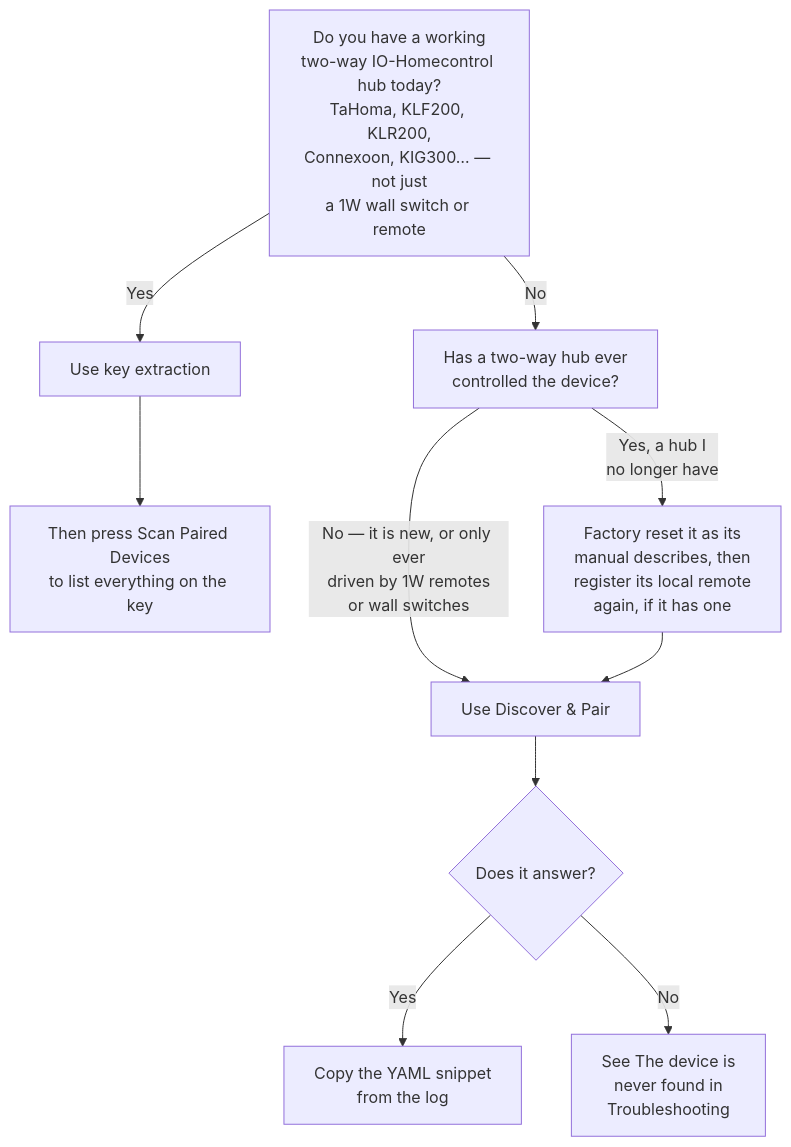
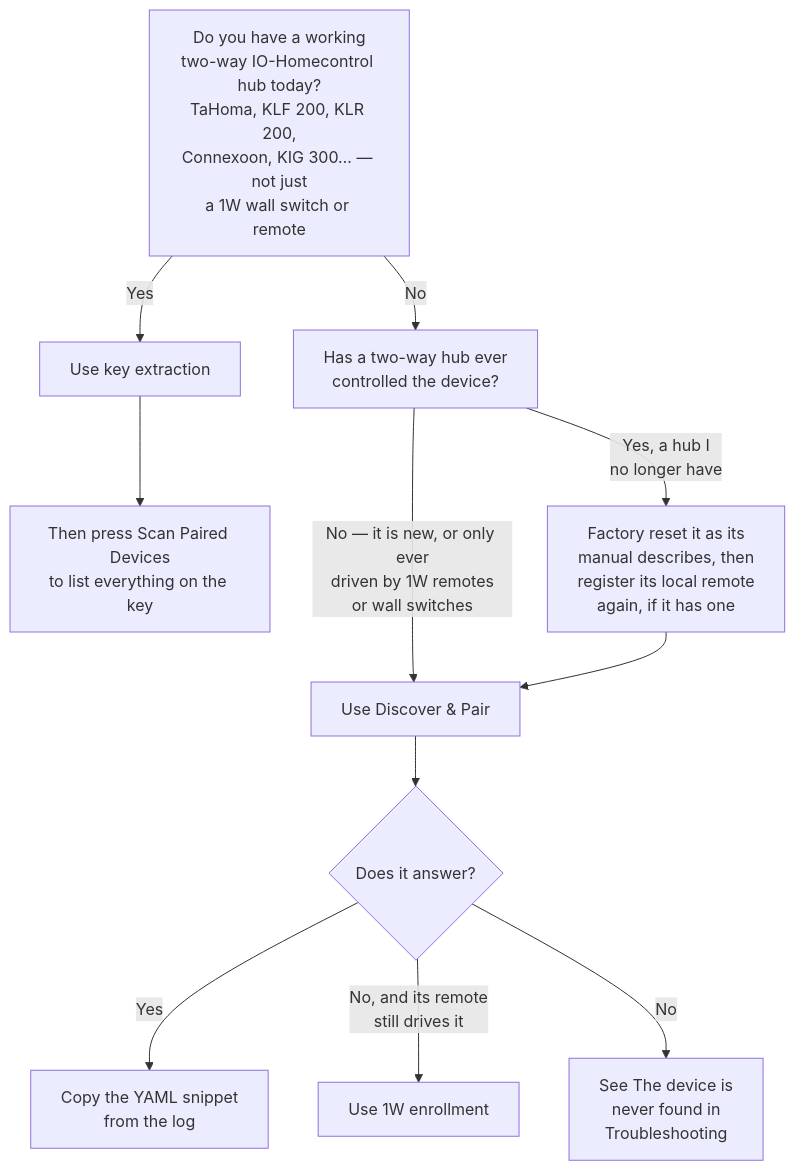
Before and after one commit to laberning/home_io_control: the diagram in docs/pairing.md, drawn with Mermaid. The commit also changed other lines of this file and 43 other files, not shown here.

````diff
--- a/docs/pairing.md
+++ b/docs/pairing.md
@@ -9,12 +16,13 @@
 ```mermaid
 flowchart TD
-    A[Do you have a working<br/>two-way IO-Homecontrol hub today?<br/>TaHoma, KLF200, KLR200,<br/>Connexoon, KIG300… — not just<br/>a 1W wall switch or remote] -->|Yes| B[Use key extraction]
+    A[Do you have a working<br/>two-way IO-Homecontrol hub today?<br/>TaHoma, KLF 200, KLR 200,<br/>Connexoon, KIG 300… — not just<br/>a 1W wall switch or remote] -->|Yes| B[Use key extraction]
     A -->|No| C[Has a two-way hub ever<br/>controlled the device?]
     C -->|No — it is new, or only ever<br/>driven by 1W remotes<br/>or wall switches| D[Use Discover &amp; Pair]
     C -->|Yes, a hub I<br/>no longer have| E[Factory reset it as its<br/>manual describes, then<br/>register its local remote<br/>again, if it has one]
     E --> D
     D --> F{Does it answer?}
     F -->|Yes| I[Copy the YAML snippet<br/>from the log]
+    F -->|No, and its remote<br/>still drives it| J[Use 1W enrollment]
     F -->|No| G[See The device is<br/>never found in<br/>Troubleshooting]
     B --> H[Then press Scan Paired Devices<br/>to list everything on the key]
 ```
````
